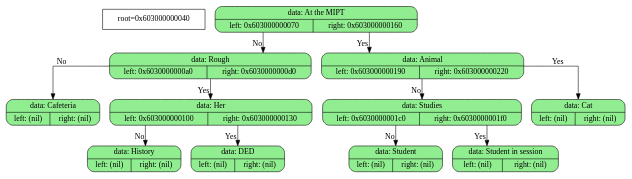
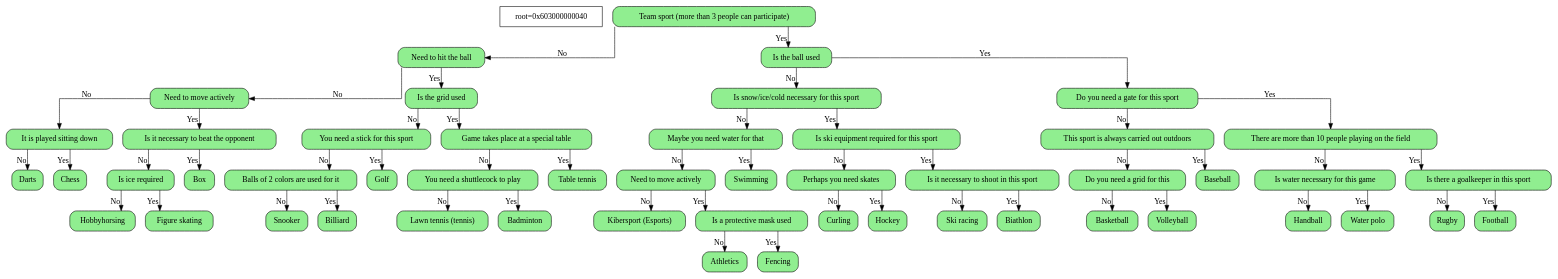
Before and after one commit to Yan103/Akinator: the diagram in DumpFiles/dump.dot, drawn with Graphviz. The commit also changed 12 other files, not shown here.

```diff
--- a/DumpFiles/dump.dot
+++ b/DumpFiles/dump.dot
@@ -1,28 +1,108 @@
 digraph tree{
     node[shape=record,fontsize=14];
     splines=ortho
     info[label="root=0x603000000040"]
 
-  	node0x603000000040[shape=Mrecord,style="rounded,filled",fillcolor="lightgreen",label="{data: At the MIPT | { left: 0x603000000070 | right: 0x603000000160 }}"]
+  	node0x603000000040[shape=Mrecord,style="rounded,filled",fillcolor="lightgreen",label="{ Team sport (more than 3 people can participate) }"]
 	node0x603000000040->node0x603000000070[xlabel="No"]
-	node0x603000000070[shape=Mrecord,style="rounded,filled",fillcolor="lightgreen",label="{data: Rough | { left: 0x6030000000a0 | right: 0x6030000000d0 }}"]
+	node0x603000000070[shape=Mrecord,style="rounded,filled",fillcolor="lightgreen",label="{ Need to hit the ball }"]
 	node0x603000000070->node0x6030000000a0[xlabel="No"]
-	node0x6030000000a0[shape=Mrecord,style="rounded,filled",fillcolor="lightgreen",label="{data: Cafeteria | { left: (nil) | right: (nil) }}"]
-	node0x603000000070->node0x6030000000d0[xlabel="Yes"]
-	node0x6030000000d0[shape=Mrecord,style="rounded,filled",fillcolor="lightgreen",label="{data: Her | { left: 0x603000000100 | right: 0x603000000130 }}"]
+	node0x6030000000a0[shape=Mrecord,style="rounded,filled",fillcolor="lightgreen",label="{ Need to move actively }"]
+	node0x6030000000a0->node0x6030000000d0[xlabel="No"]
+	node0x6030000000d0[shape=Mrecord,style="rounded,filled",fillcolor="lightgreen",label="{ It is played sitting down }"]
 	node0x6030000000d0->node0x603000000100[xlabel="No"]
-	node0x603000000100[shape=Mrecord,style="rounded,filled",fillcolor="lightgreen",label="{data: History | { left: (nil) | right: (nil) }}"]
+	node0x603000000100[shape=Mrecord,style="rounded,filled",fillcolor="lightgreen",label="{ Darts }"]
 	node0x6030000000d0->node0x603000000130[xlabel="Yes"]
-	node0x603000000130[shape=Mrecord,style="rounded,filled",fillcolor="lightgreen",label="{data: DED | { left: (nil) | right: (nil) }}"]
-	node0x603000000040->node0x603000000160[xlabel="Yes"]
-	node0x603000000160[shape=Mrecord,style="rounded,filled",fillcolor="lightgreen",label="{data: Animal | { left: 0x603000000190 | right: 0x603000000220 }}"]
+	node0x603000000130[shape=Mrecord,style="rounded,filled",fillcolor="lightgreen",label="{ Chess }"]
+	node0x6030000000a0->node0x603000000160[xlabel="Yes"]
+	node0x603000000160[shape=Mrecord,style="rounded,filled",fillcolor="lightgreen",label="{ Is it necessary to beat the opponent }"]
 	node0x603000000160->node0x603000000190[xlabel="No"]
-	node0x603000000190[shape=Mrecord,style="rounded,filled",fillcolor="lightgreen",label="{data: Studies | { left: 0x6030000001c0 | right: 0x6030000001f0 }}"]
+	node0x603000000190[shape=Mrecord,style="rounded,filled",fillcolor="lightgreen",label="{ Is ice required }"]
 	node0x603000000190->node0x6030000001c0[xlabel="No"]
-	node0x6030000001c0[shape=Mrecord,style="rounded,filled",fillcolor="lightgreen",label="{data: Student | { left: (nil) | right: (nil) }}"]
+	node0x6030000001c0[shape=Mrecord,style="rounded,filled",fillcolor="lightgreen",label="{ Hobbyhorsing }"]
 	node0x603000000190->node0x6030000001f0[xlabel="Yes"]
-	node0x6030000001f0[shape=Mrecord,style="rounded,filled",fillcolor="lightgreen",label="{data: Student in session | { left: (nil) | right: (nil) }}"]
+	node0x6030000001f0[shape=Mrecord,style="rounded,filled",fillcolor="lightgreen",label="{ Figure skating }"]
 	node0x603000000160->node0x603000000220[xlabel="Yes"]
-	node0x603000000220[shape=Mrecord,style="rounded,filled",fillcolor="lightgreen",label="{data: Cat | { left: (nil) | right: (nil) }}"]
+	node0x603000000220[shape=Mrecord,style="rounded,filled",fillcolor="lightgreen",label="{ Box }"]
+	node0x603000000070->node0x603000000250[xlabel="Yes"]
+	node0x603000000250[shape=Mrecord,style="rounded,filled",fillcolor="lightgreen",label="{ Is the grid used }"]
+	node0x603000000250->node0x603000000280[xlabel="No"]
+	node0x603000000280[shape=Mrecord,style="rounded,filled",fillcolor="lightgreen",label="{ You need a stick for this sport }"]
+	node0x603000000280->node0x6030000002b0[xlabel="No"]
+	node0x6030000002b0[shape=Mrecord,style="rounded,filled",fillcolor="lightgreen",label="{ Balls of 2 colors are used for it }"]
+	node0x6030000002b0->node0x6030000002e0[xlabel="No"]
+	node0x6030000002e0[shape=Mrecord,style="rounded,filled",fillcolor="lightgreen",label="{ Snooker }"]
+	node0x6030000002b0->node0x603000000310[xlabel="Yes"]
+	node0x603000000310[shape=Mrecord,style="rounded,filled",fillcolor="lightgreen",label="{ Billiard }"]
+	node0x603000000280->node0x603000000340[xlabel="Yes"]
+	node0x603000000340[shape=Mrecord,style="rounded,filled",fillcolor="lightgreen",label="{ Golf }"]
+	node0x603000000250->node0x603000000370[xlabel="Yes"]
+	node0x603000000370[shape=Mrecord,style="rounded,filled",fillcolor="lightgreen",label="{ Game takes place at a special table }"]
+	node0x603000000370->node0x6030000003a0[xlabel="No"]
+	node0x6030000003a0[shape=Mrecord,style="rounded,filled",fillcolor="lightgreen",label="{ You need a shuttlecock to play }"]
+	node0x6030000003a0->node0x6030000003d0[xlabel="No"]
+	node0x6030000003d0[shape=Mrecord,style="rounded,filled",fillcolor="lightgreen",label="{ Lawn tennis (tennis) }"]
+	node0x6030000003a0->node0x603000000400[xlabel="Yes"]
+	node0x603000000400[shape=Mrecord,style="rounded,filled",fillcolor="lightgreen",label="{ Badminton }"]
+	node0x603000000370->node0x603000000430[xlabel="Yes"]
+	node0x603000000430[shape=Mrecord,style="rounded,filled",fillcolor="lightgreen",label="{ Table tennis }"]
+	node0x603000000040->node0x603000000460[xlabel="Yes"]
+	node0x603000000460[shape=Mrecord,style="rounded,filled",fillcolor="lightgreen",label="{ Is the ball  used }"]
+	node0x603000000460->node0x603000000490[xlabel="No"]
+	node0x603000000490[shape=Mrecord,style="rounded,filled",fillcolor="lightgreen",label="{ Is snow/ice/cold necessary for this sport }"]
+	node0x603000000490->node0x6030000004c0[xlabel="No"]
+	node0x6030000004c0[shape=Mrecord,style="rounded,filled",fillcolor="lightgreen",label="{ Maybe you need water for that }"]
+	node0x6030000004c0->node0x6030000004f0[xlabel="No"]
+	node0x6030000004f0[shape=Mrecord,style="rounded,filled",fillcolor="lightgreen",label="{ Need to move actively }"]
+	node0x6030000004f0->node0x603000000520[xlabel="No"]
+	node0x603000000520[shape=Mrecord,style="rounded,filled",fillcolor="lightgreen",label="{ Kibersport (Esports) }"]
+	node0x6030000004f0->node0x603000000550[xlabel="Yes"]
+	node0x603000000550[shape=Mrecord,style="rounded,filled",fillcolor="lightgreen",label="{ Is a protective mask used }"]
+	node0x603000000550->node0x603000000580[xlabel="No"]
+	node0x603000000580[shape=Mrecord,style="rounded,filled",fillcolor="lightgreen",label="{ Athletics }"]
+	node0x603000000550->node0x6030000005b0[xlabel="Yes"]
+	node0x6030000005b0[shape=Mrecord,style="rounded,filled",fillcolor="lightgreen",label="{ Fencing }"]
+	node0x6030000004c0->node0x6030000005e0[xlabel="Yes"]
+	node0x6030000005e0[shape=Mrecord,style="rounded,filled",fillcolor="lightgreen",label="{ Swimming }"]
+	node0x603000000490->node0x603000000610[xlabel="Yes"]
+	node0x603000000610[shape=Mrecord,style="rounded,filled",fillcolor="lightgreen",label="{ Is ski equipment required for this sport }"]
+	node0x603000000610->node0x603000000640[xlabel="No"]
+	node0x603000000640[shape=Mrecord,style="rounded,filled",fillcolor="lightgreen",label="{ Perhaps you need skates }"]
+	node0x603000000640->node0x603000000670[xlabel="No"]
+	node0x603000000670[shape=Mrecord,style="rounded,filled",fillcolor="lightgreen",label="{ Curling }"]
+	node0x603000000640->node0x6030000006a0[xlabel="Yes"]
+	node0x6030000006a0[shape=Mrecord,style="rounded,filled",fillcolor="lightgreen",label="{ Hockey }"]
+	node0x603000000610->node0x6030000006d0[xlabel="Yes"]
+	node0x6030000006d0[shape=Mrecord,style="rounded,filled",fillcolor="lightgreen",label="{ Is it necessary to shoot in this sport }"]
+	node0x6030000006d0->node0x603000000700[xlabel="No"]
+	node0x603000000700[shape=Mrecord,style="rounded,filled",fillcolor="lightgreen",label="{ Ski racing }"]
+	node0x6030000006d0->node0x603000000730[xlabel="Yes"]
+	node0x603000000730[shape=Mrecord,style="rounded,filled",fillcolor="lightgreen",label="{ Biathlon }"]
+	node0x603000000460->node0x603000000760[xlabel="Yes"]
+	node0x603000000760[shape=Mrecord,style="rounded,filled",fillcolor="lightgreen",label="{ Do you need a gate for this sport }"]
+	node0x603000000760->node0x603000000790[xlabel="No"]
+	node0x603000000790[shape=Mrecord,style="rounded,filled",fillcolor="lightgreen",label="{ This sport is always carried out outdoors }"]
+	node0x603000000790->node0x6030000007c0[xlabel="No"]
+	node0x6030000007c0[shape=Mrecord,style="rounded,filled",fillcolor="lightgreen",label="{ Do you need a grid for this }"]
+	node0x6030000007c0->node0x6030000007f0[xlabel="No"]
+	node0x6030000007f0[shape=Mrecord,style="rounded,filled",fillcolor="lightgreen",label="{ Basketball }"]
+	node0x6030000007c0->node0x603000000820[xlabel="Yes"]
+	node0x603000000820[shape=Mrecord,style="rounded,filled",fillcolor="lightgreen",label="{ Volleyball }"]
+	node0x603000000790->node0x603000000850[xlabel="Yes"]
+	node0x603000000850[shape=Mrecord,style="rounded,filled",fillcolor="lightgreen",label="{ Baseball }"]
+	node0x603000000760->node0x603000000880[xlabel="Yes"]
+	node0x603000000880[shape=Mrecord,style="rounded,filled",fillcolor="lightgreen",label="{ There are more than 10 people playing on the field }"]
+	node0x603000000880->node0x6030000008b0[xlabel="No"]
+	node0x6030000008b0[shape=Mrecord,style="rounded,filled",fillcolor="lightgreen",label="{ Is water necessary for this game }"]
+	node0x6030000008b0->node0x6030000008e0[xlabel="No"]
+	node0x6030000008e0[shape=Mrecord,style="rounded,filled",fillcolor="lightgreen",label="{ Handball }"]
+	node0x6030000008b0->node0x603000000910[xlabel="Yes"]
+	node0x603000000910[shape=Mrecord,style="rounded,filled",fillcolor="lightgreen",label="{ Water polo }"]
+	node0x603000000880->node0x603000000940[xlabel="Yes"]
+	node0x603000000940[shape=Mrecord,style="rounded,filled",fillcolor="lightgreen",label="{ Is there a goalkeeper in this sport }"]
+	node0x603000000940->node0x603000000970[xlabel="No"]
+	node0x603000000970[shape=Mrecord,style="rounded,filled",fillcolor="lightgreen",label="{ Rugby }"]
+	node0x603000000940->node0x6030000009a0[xlabel="Yes"]
+	node0x6030000009a0[shape=Mrecord,style="rounded,filled",fillcolor="lightgreen",label="{ Football }"]
 
 }
```
